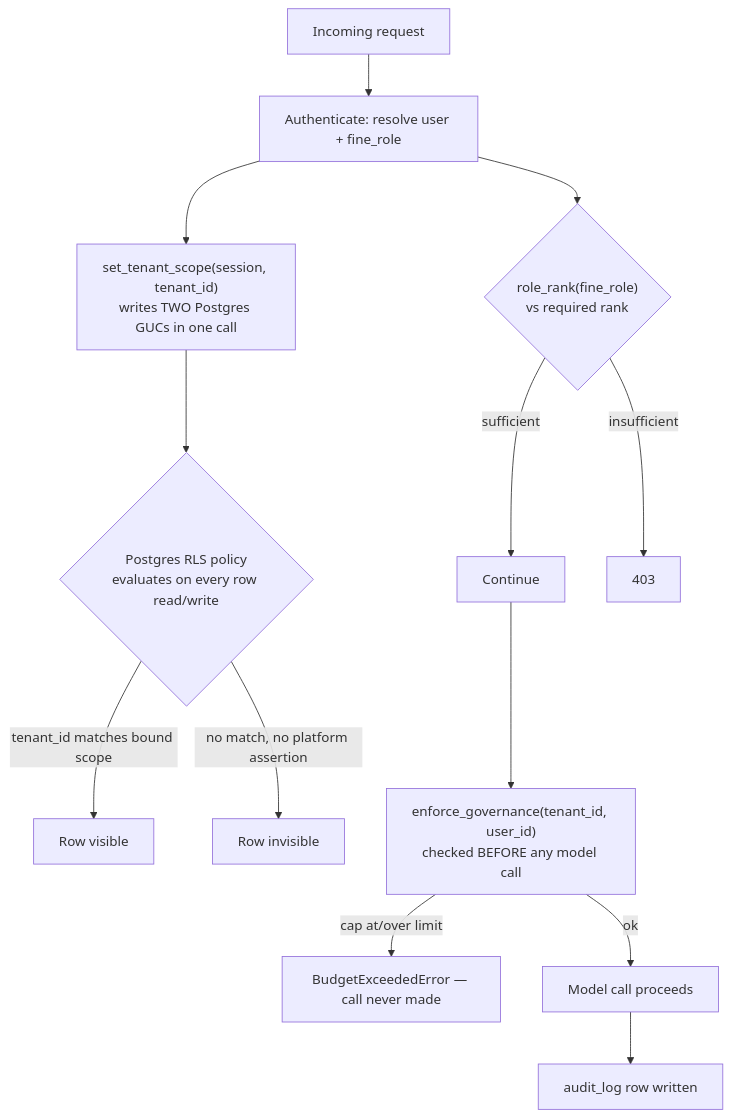
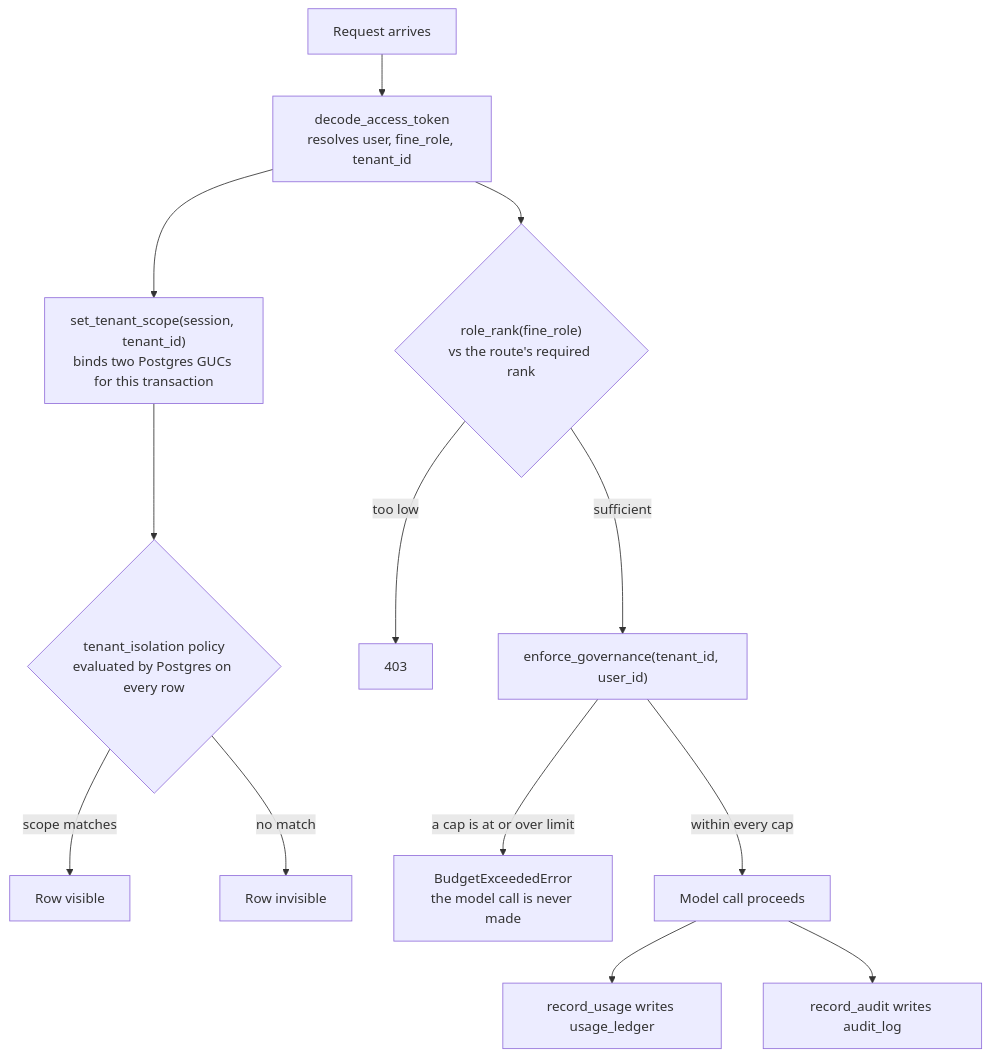
The diagram in docs/teaching/governance.md (yrevash/aegis), drawn with Mermaid before and after one commit. The commit also changed other lines of this file and 29 other files, not shown here.

````diff
--- a/docs/teaching/governance.md
+++ b/docs/teaching/governance.md
@@ -34,15 +20,15 @@
 ```mermaid
 flowchart TD
-    R[Incoming request] --> AUTH[Authenticate: resolve user + fine_role]
-    AUTH --> BIND["set_tenant_scope(session, tenant_id)<br/>writes TWO Postgres GUCs in one call"]
-    BIND --> RLS{"Postgres RLS policy<br/>evaluates on every row read/write"}
-    RLS -->|tenant_id matches bound scope| ALLOW[Row visible]
-    RLS -->|no match, no platform assertion| DENY[Row invisible]
-    AUTH --> RBAC{"role_rank(fine_role)<br/>vs required rank"}
-    RBAC -->|sufficient| PROCEED[Continue]
-    RBAC -->|insufficient| REFUSE[403]
-    PROCEED --> BUDGET["enforce_governance(tenant_id, user_id)<br/>checked BEFORE any model call"]
-    BUDGET -->|cap at/over limit| BLOCKED[BudgetExceededError — call never made]
-    BUDGET -->|ok| CALL[Model call proceeds]
-    CALL --> AUDIT[audit_log row written]
+    R[Request arrives] --> AUTH["decode_access_token<br/>resolves user, fine_role, tenant_id"]
+    AUTH --> BIND["set_tenant_scope(session, tenant_id)<br/>binds two Postgres GUCs for this transaction"]
+    BIND --> RLS{"tenant_isolation policy<br/>evaluated by Postgres on every row"}
+    RLS -->|scope matches| VISIBLE[Row visible]
+    RLS -->|no match| HIDDEN[Row invisible]
+    AUTH --> RBAC{"role_rank(fine_role)<br/>vs the route's required rank"}
+    RBAC -->|too low| REFUSE[403]
+    RBAC -->|sufficient| BUDGET["enforce_governance(tenant_id, user_id)"]
+    BUDGET -->|a cap is at or over limit| BLOCKED["BudgetExceededError<br/>the model call is never made"]
+    BUDGET -->|within every cap| CALL[Model call proceeds]
+    CALL --> LEDGER["record_usage writes usage_ledger"]
+    CALL --> AUDIT["record_audit writes audit_log"]
 ```
````
